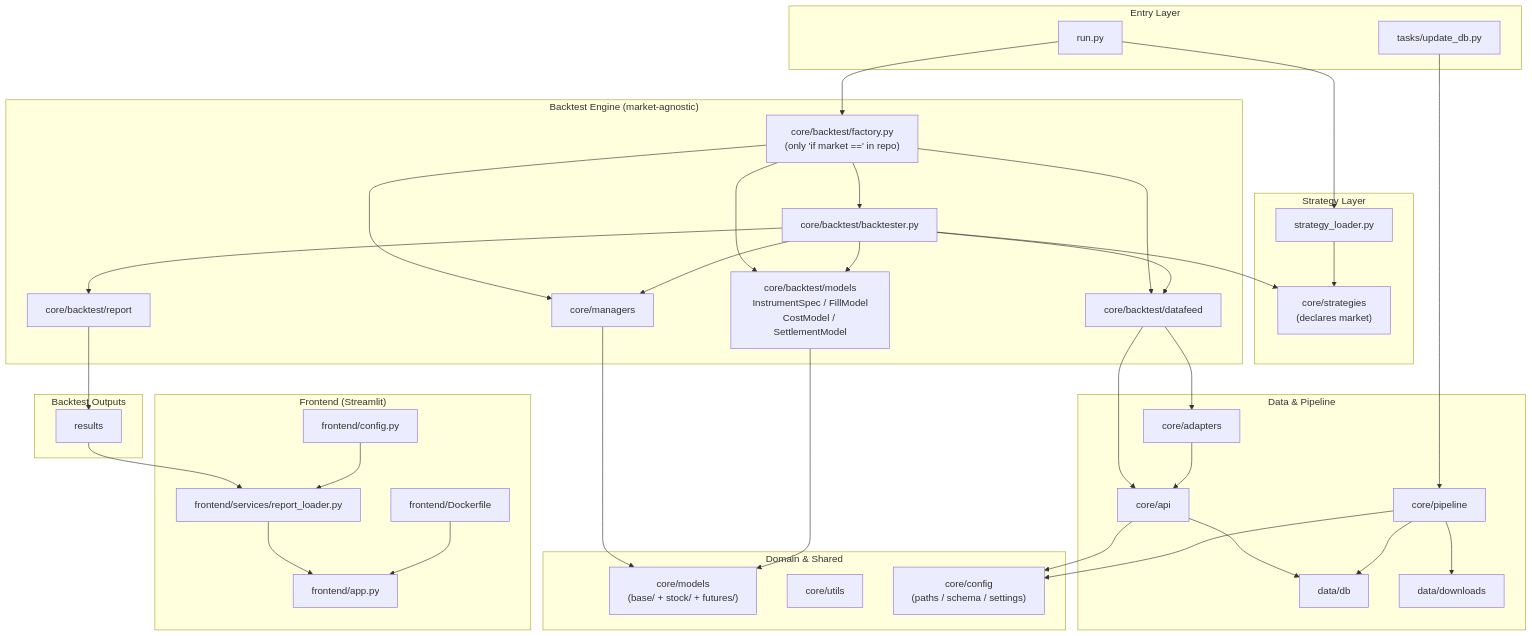
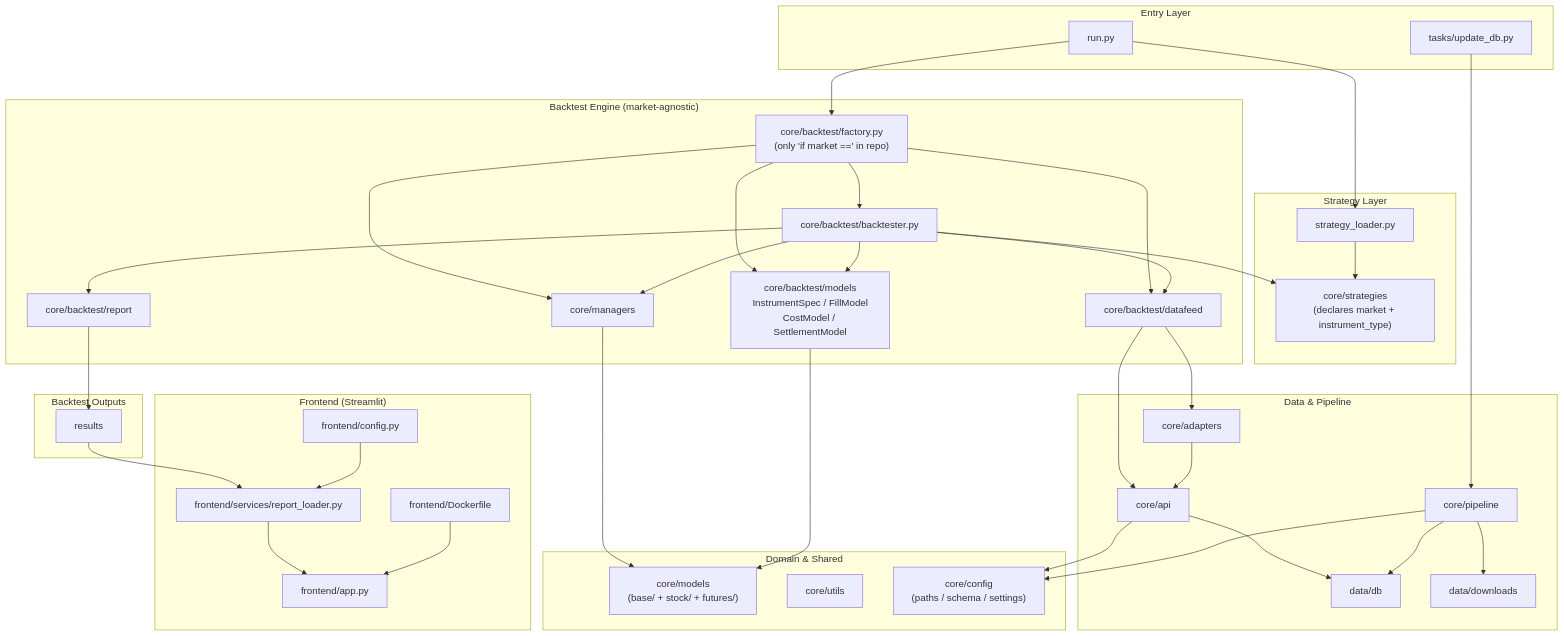
The diagram in README.md (kuo220/AlphaEdge), drawn with Mermaid before and after one commit. The commit also changed other lines of this file and 4 other files, not shown here.

````diff
--- a/README.md
+++ b/README.md
@@ -11,75 +11,75 @@
 ```mermaid
 graph TB
     subgraph entry ["Entry Layer"]
         RunPy["run.py"]
         Tasks["tasks/update_db.py"]
     end
 
     subgraph strategy_layer ["Strategy Layer"]
-        Strategies["core/strategies<br/>(declares market)"]
+        Strategies["core/strategies<br/>(declares market + instrument_type)"]
         Loader["strategy_loader.py"]
     end
 
     subgraph engine_layer ["Backtest Engine (market-agnostic)"]
         Factory["core/backtest/factory.py<br/>(only 'if market ==' in repo)"]
         Backtester["core/backtest/backtester.py"]
         BTModels["core/backtest/models<br/>InstrumentSpec / FillModel<br/>CostModel / SettlementModel"]
         Feed["core/backtest/datafeed"]
         Managers["core/managers"]
         Report["core/backtest/report"]
     end
 
     subgraph domain_layer ["Domain & Shared"]
         Models["core/models<br/>(base/ + stock/ + futures/)"]
         Utils["core/utils"]
         Config["core/config<br/>(paths / schema / settings)"]
     end
 
     subgraph data_layer ["Data & Pipeline"]
         API["core/api"]
         Adapters["core/adapters"]
         Pipeline["core/pipeline"]
         DB["data/db"]
         Data["data/downloads"]
     end
 
     subgraph output_layer ["Backtest Outputs"]
         Results["results"]
     end
 
     subgraph frontend_layer ["Frontend (Streamlit)"]
         FrontendApp["frontend/app.py"]
         FrontendService["frontend/services/report_loader.py"]
         FrontendConfig["frontend/config.py"]
         FrontendDocker["frontend/Dockerfile"]
     end
 
     RunPy --> Loader
     Loader --> Strategies
     RunPy --> Factory
     Factory --> Backtester
     Factory --> BTModels
     Factory --> Feed
     Factory --> Managers
     Backtester --> Strategies
     Backtester --> BTModels
     Backtester --> Feed
     Backtester --> Managers
     Backtester --> Report
     Managers --> Models
     BTModels --> Models
     Feed --> API
     Feed --> Adapters
     API --> DB
     Adapters --> API
     API --> Config
     Pipeline --> Config
     Tasks --> Pipeline
     Pipeline --> DB
     Pipeline --> Data
     Report --> Results
     Results --> FrontendService
     FrontendConfig --> FrontendService
     FrontendService --> FrontendApp
     FrontendDocker --> FrontendApp
 ```
````
